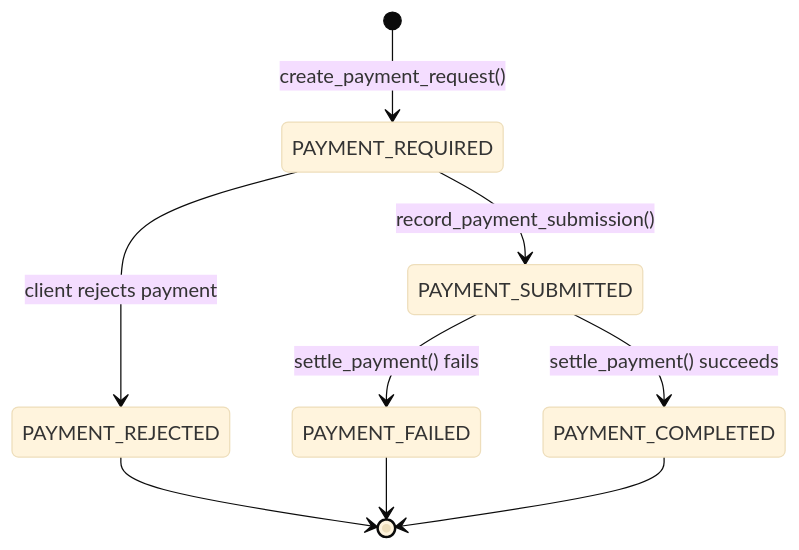
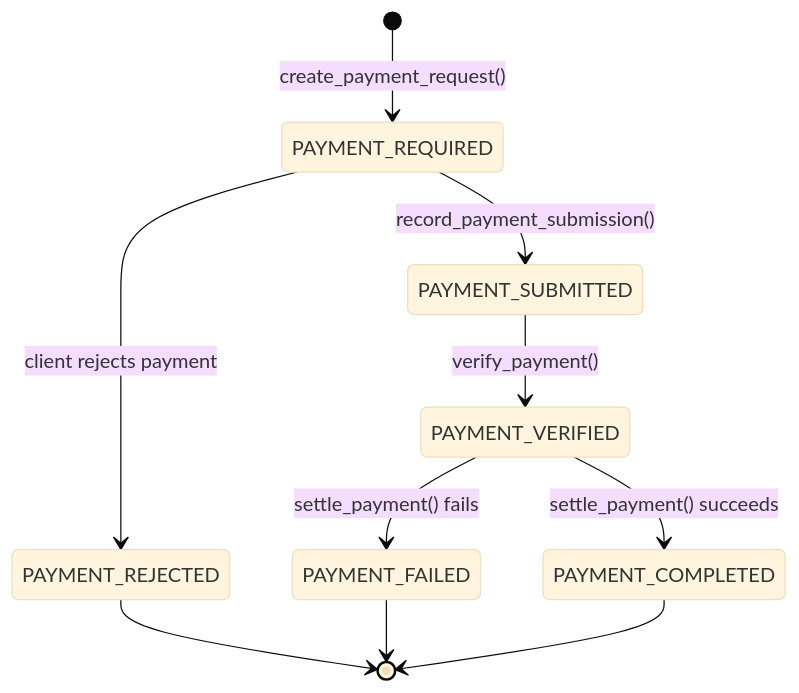
The diagram in python/x402_a2a/README.md (google-agentic-commerce/a2a-x402), drawn with Mermaid (base theme) before and after one commit. The commit also changed other lines of this file and 2 other files, not shown here.

Commit message:
minor updats on readmes and docs

````diff
--- a/python/x402_a2a/README.md
+++ b/python/x402_a2a/README.md
@@ -1008,11 +1009,12 @@
 ```mermaid
 stateDiagram-v2
     [*] --> PAYMENT_REQUIRED: create_payment_request()
     PAYMENT_REQUIRED --> PAYMENT_REJECTED: client rejects payment
     PAYMENT_REQUIRED --> PAYMENT_SUBMITTED: record_payment_submission()
-    PAYMENT_SUBMITTED --> PAYMENT_COMPLETED: settle_payment() succeeds
-    PAYMENT_SUBMITTED --> PAYMENT_FAILED: settle_payment() fails
+    PAYMENT_SUBMITTED --> PAYMENT_VERIFIED: verify_payment()
+    PAYMENT_VERIFIED --> PAYMENT_COMPLETED: settle_payment() succeeds
+    PAYMENT_VERIFIED --> PAYMENT_FAILED: settle_payment() fails
     PAYMENT_REJECTED --> [*]
     PAYMENT_FAILED --> [*]
     PAYMENT_COMPLETED --> [*]
 ```
````
